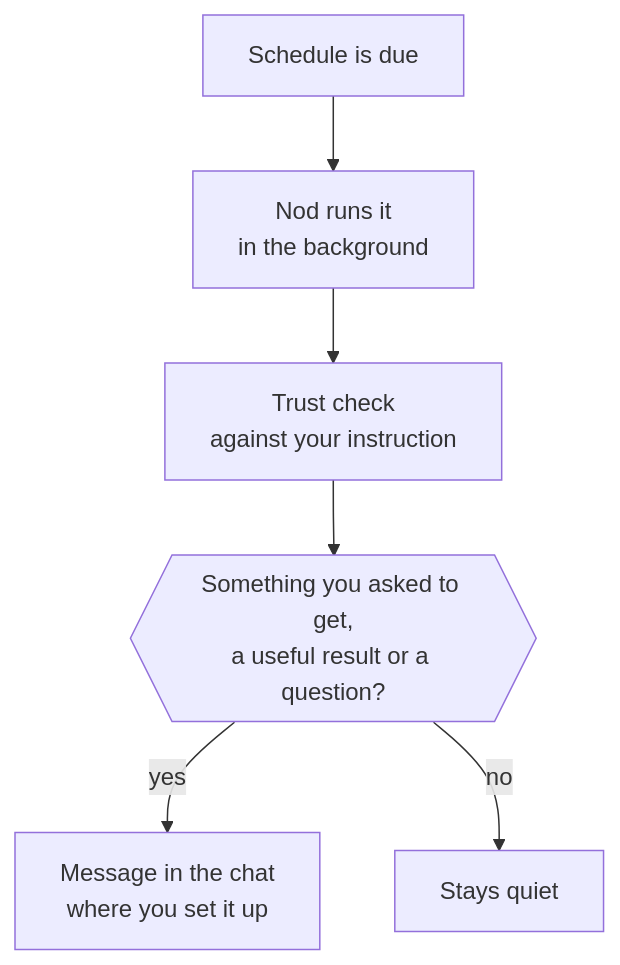
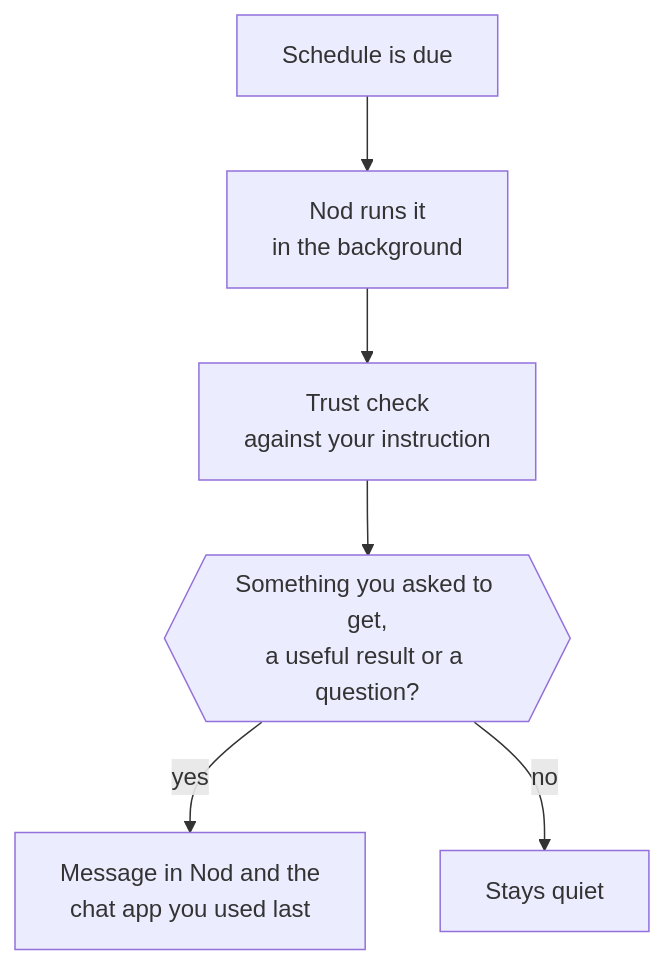
One commit to n8n-io/nod changed the diagram in docs/src/content/docs/use/schedules.md. Above: the diagram before and after it, drawn with Mermaid. The commit also changed other lines of this file and 14 other files, not shown here.

````diff
--- a/docs/src/content/docs/use/schedules.md
+++ b/docs/src/content/docs/use/schedules.md
@@ -65,8 +65,8 @@
 ```mermaid
 flowchart TD
   due[Schedule is due]:::accent --> run[Nod runs it<br/>in the background]
   run --> check[Trust check<br/>against your instruction]
   check --> useful{{Something you asked to get,<br/>a useful result or a question?}}
-  useful -- yes --> send[Message in the chat<br/>where you set it up]:::go
+  useful -- yes --> send[Message in Nod and the<br/>chat app you used last]:::go
   useful -- no --> quiet[Stays quiet]:::muted
 ```
````
